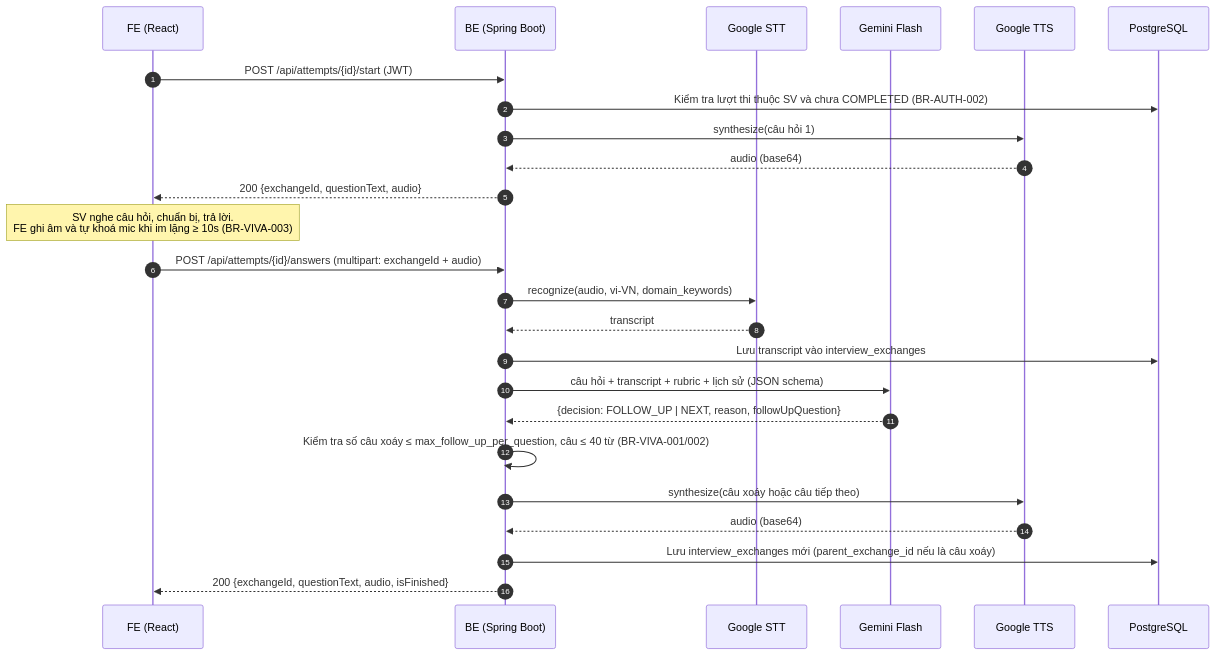
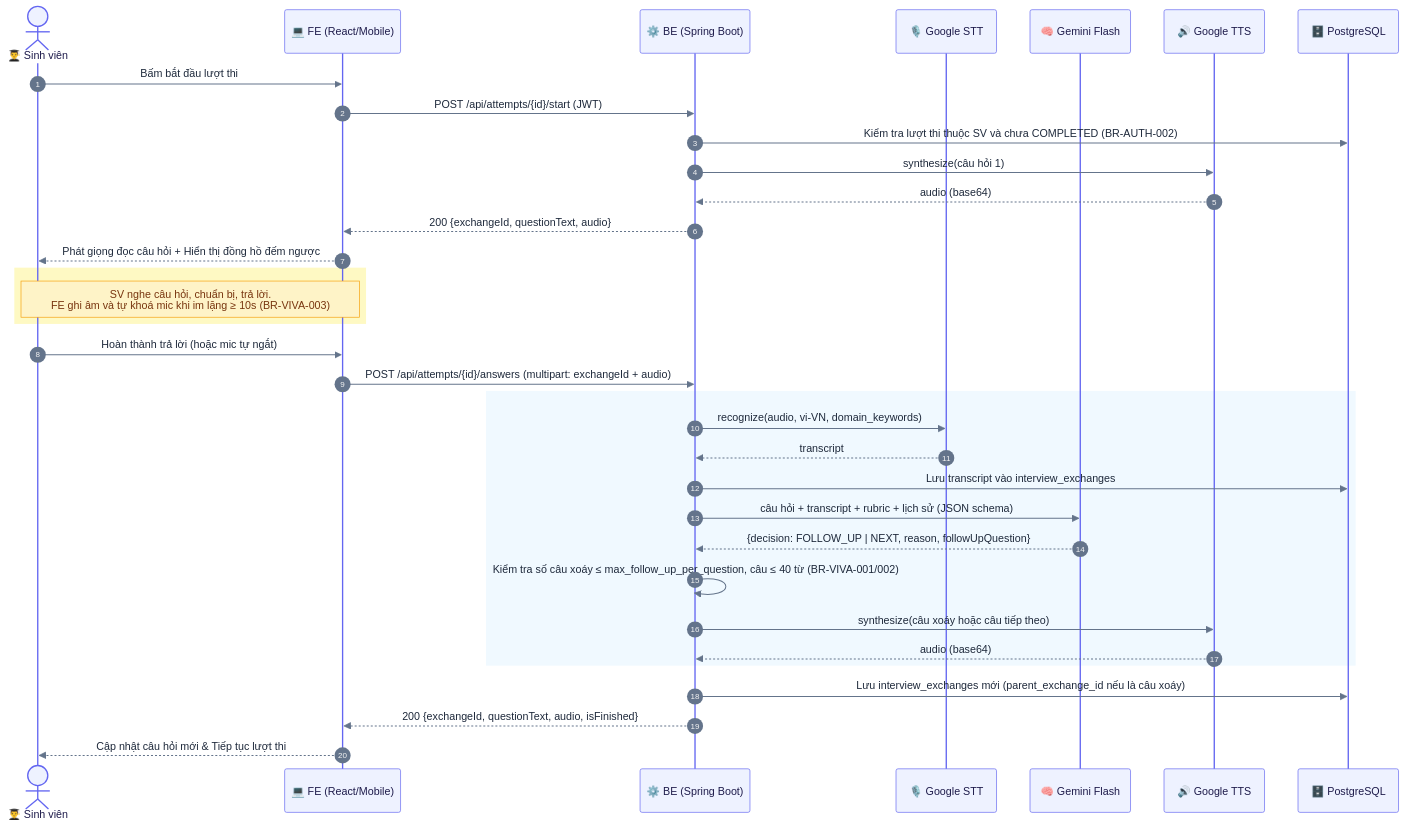
One commit to SWD392-Group-4/AI-powered-Viva-Exam-System changed the second of 2 diagrams in document/02-architecture-design/README.md. Above: the diagram before and after it, drawn with Mermaid. The commit also changed other lines of this file and 9 other files, not shown here.

Commit message:
docs: add system design, architecture, ERDs, and class diagrams

````diff
--- a/document/02-architecture-design/README.md
+++ b/document/02-architecture-design/README.md
@@ -157,30 +175,56 @@
 ```mermaid
+%%{init: {
+  'theme': 'base',
+  'themeVariables': {
+    'actorBkg': '#EEF2FF',
+    'actorBorder': '#6366F1',
+    'actorTextColor': '#1E1B4B',
+    'signalColor': '#64748B',
+    'signalTextColor': '#1E293B',
+    'noteBkgColor': '#FEF3C7',
+    'noteBorderColor': '#F59E0B',
+    'noteTextColor': '#78350F',
+    'fontFamily': 'Inter, system-ui, sans-serif',
+    'fontSize': '13px'
+  }
+}}%%
 sequenceDiagram
     autonumber
-    participant FE as FE (React)
-    participant BE as BE (Spring Boot)
-    participant STT as Google STT
-    participant AI as Gemini Flash
-    participant TTS as Google TTS
-    participant DB as PostgreSQL
+    actor SV as 👨‍🎓 Sinh viên
+    participant FE as 💻 FE (React/Mobile)
+    participant BE as ⚙️ BE (Spring Boot)
+    participant STT as 🎙️ Google STT
+    participant AI as 🧠 Gemini Flash
+    participant TTS as 🔊 Google TTS
+    participant DB as 🗄️ PostgreSQL
 
+    SV->>FE: Bấm bắt đầu lượt thi
     FE->>BE: POST /api/attempts/{id}/start (JWT)
     BE->>DB: Kiểm tra lượt thi thuộc SV và chưa COMPLETED (BR-AUTH-002)
     BE->>TTS: synthesize(câu hỏi 1)
     TTS-->>BE: audio (base64)
     BE-->>FE: 200 {exchangeId, questionText, audio}
+    FE-->>SV: Phát giọng đọc câu hỏi + Hiển thị đồng hồ đếm ngược
 
-    Note over FE: SV nghe câu hỏi, chuẩn bị, trả lời.<br/>FE ghi âm và tự khoá mic khi im lặng ≥ 10s (BR-VIVA-003)
+    rect rgb(254, 249, 195)
+        Note over SV, FE: SV nghe câu hỏi, chuẩn bị, trả lời.<br/>FE ghi âm và tự khoá mic khi im lặng ≥ 10s (BR-VIVA-003)
+    end
 
+    SV->>FE: Hoàn thành trả lời (hoặc mic tự ngắt)
     FE->>BE: POST /api/attempts/{id}/answers (multipart: exchangeId + audio)
-    BE->>STT: recognize(audio, vi-VN, domain_keywords)
-    STT-->>BE: transcript
-    BE->>DB: Lưu transcript vào interview_exchanges
-    BE->>AI: câu hỏi + transcript + rubric + lịch sử (JSON schema)
-    AI-->>BE: {decision: FOLLOW_UP | NEXT, reason, followUpQuestion}
-    BE->>BE: Kiểm tra số câu xoáy ≤ max_follow_up_per_question, câu ≤ 40 từ (BR-VIVA-001/002)
-    BE->>TTS: synthesize(câu xoáy hoặc câu tiếp theo)
-    TTS-->>BE: audio (base64)
+    
+    rect rgb(240, 249, 255)
+        BE->>STT: recognize(audio, vi-VN, domain_keywords)
+        STT-->>BE: transcript
+        BE->>DB: Lưu transcript vào interview_exchanges
+        BE->>AI: câu hỏi + transcript + rubric + lịch sử (JSON schema)
+        AI-->>BE: {decision: FOLLOW_UP | NEXT, reason, followUpQuestion}
+        BE->>BE: Kiểm tra số câu xoáy ≤ max_follow_up_per_question, câu ≤ 40 từ (BR-VIVA-001/002)
+        BE->>TTS: synthesize(câu xoáy hoặc câu tiếp theo)
+        TTS-->>BE: audio (base64)
+    end
+
     BE->>DB: Lưu interview_exchanges mới (parent_exchange_id nếu là câu xoáy)
     BE-->>FE: 200 {exchangeId, questionText, audio, isFinished}
+    FE-->>SV: Cập nhật câu hỏi mới & Tiếp tục lượt thi
 ```
````
